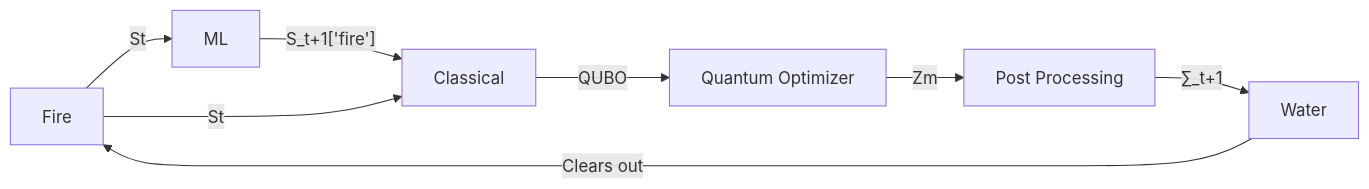
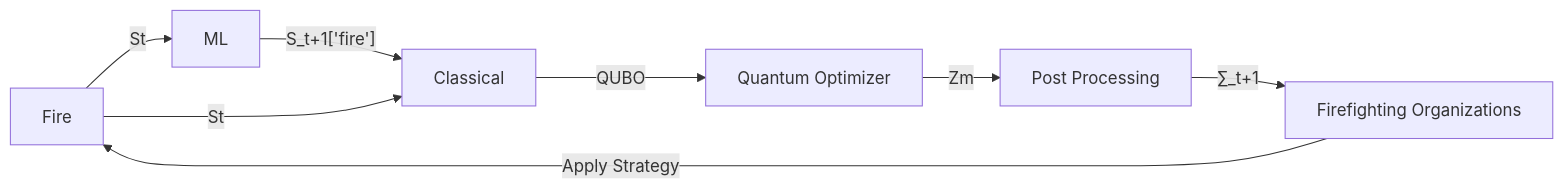
One commit to pasqal-io/Pasqal_Hackathon_Feb25_Team_11 changed the diagram in README.md. Above: the diagram before and after it, drawn with Mermaid. The commit also changed other lines of this file, not shown here.

````diff
--- a/README.md
+++ b/README.md
@@ -83,10 +82,10 @@
 ```mermaid
 graph LR
     F -->|St| ML
     ML -->|"S_t+1['fire']"| Classical
     Classical -->|QUBO| QO["Quantum Optimizer"]
     QO -->|Zm| PP["Post Processing"]
     F --> |St| Classical
-    PP -->|∑_t+1| W["Water"]
-    W --> |Clears out| F["Fire"]
+    PP -->|∑_t+1| W["Firefighting Organizations"]
+    W --> |Apply Strategy| F["Fire"]
 ```
````
